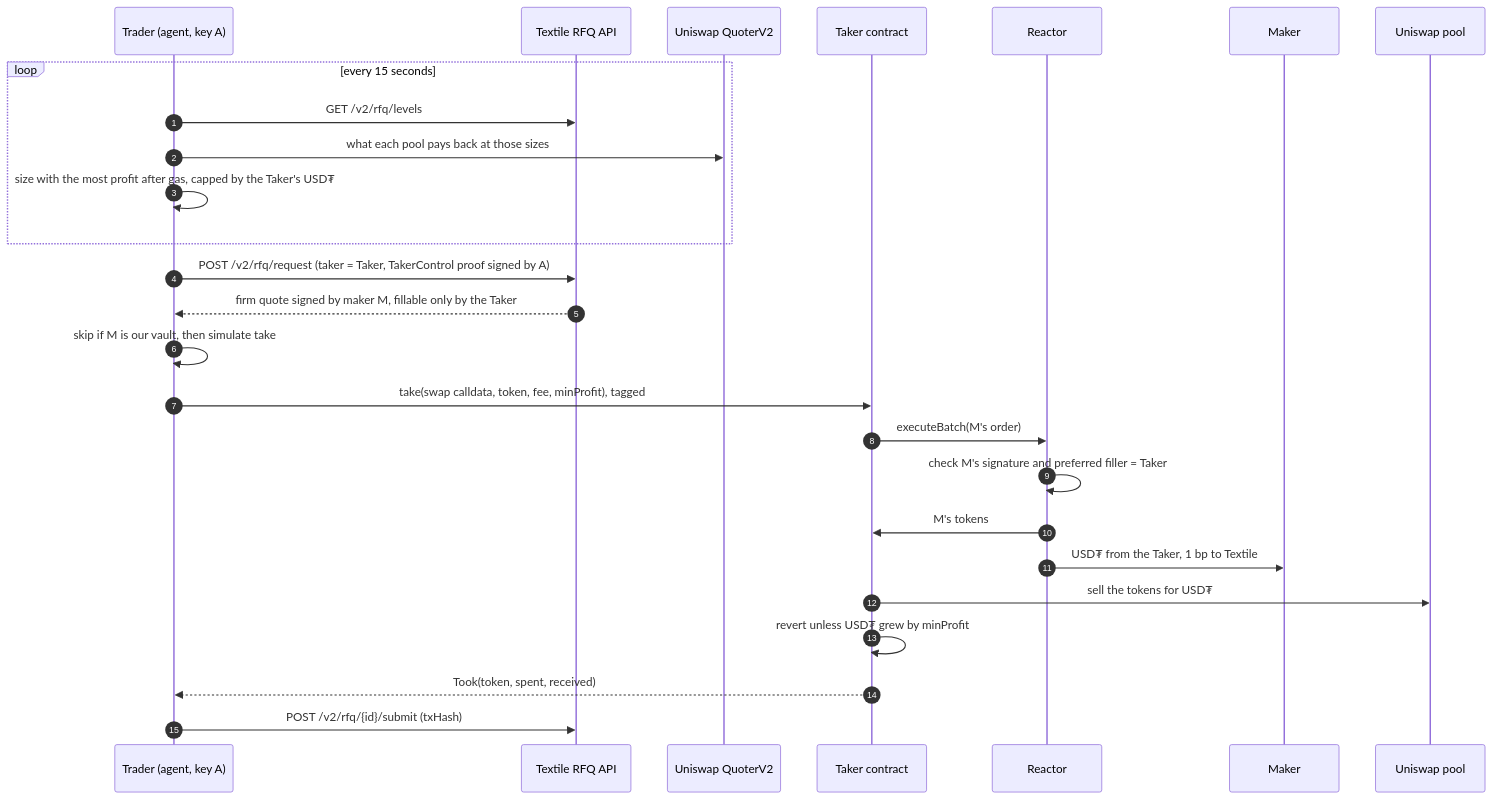
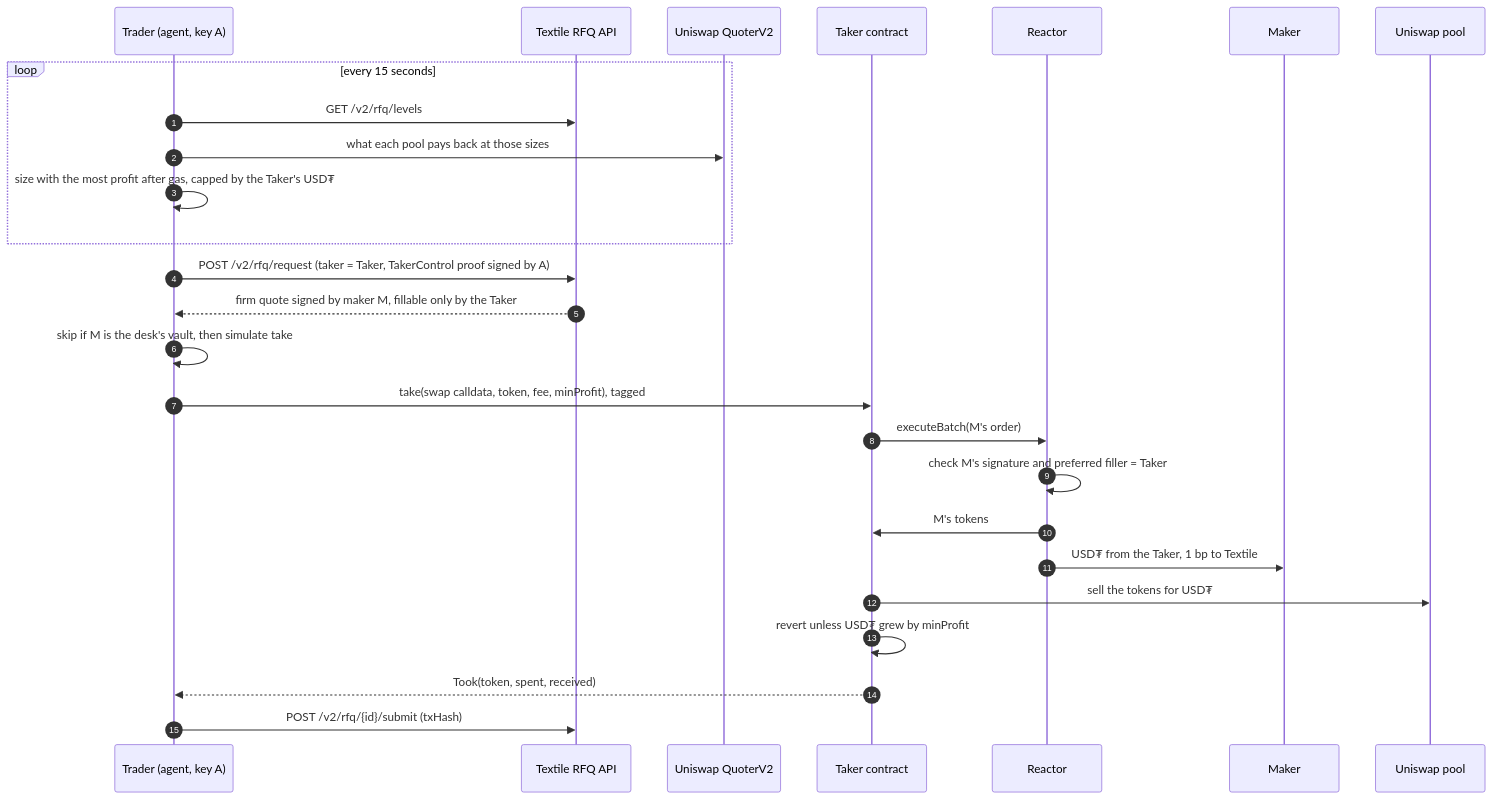
The sixth of 11 diagrams in docs/ARCHITECTURE.md (Kanasjnr/naira-desk), drawn with Mermaid before and after one commit. The commit also changed other lines of this file and 2 other files, not shown here.

````diff
--- a/docs/ARCHITECTURE.md
+++ b/docs/ARCHITECTURE.md
@@ -326,28 +326,28 @@
 ```mermaid
 sequenceDiagram
   autonumber
   participant TR as Trader (agent, key A)
   participant X as Textile RFQ API
   participant Q as Uniswap QuoterV2
   participant K as Taker contract
   participant R as Reactor
   participant M as Maker
   participant U as Uniswap pool
   loop every 15 seconds
     TR->>X: GET /v2/rfq/levels
     TR->>Q: what each pool pays back at those sizes
     TR->>TR: size with the most profit after gas, capped by the Taker's USD₮
   end
   TR->>X: POST /v2/rfq/request (taker = Taker, TakerControl proof signed by A)
   X-->>TR: firm quote signed by maker M, fillable only by the Taker
-  TR->>TR: skip if M is our vault, then simulate take
+  TR->>TR: skip if M is the desk's vault, then simulate take
   TR->>K: take(swap calldata, token, fee, minProfit), tagged
   K->>R: executeBatch(M's order)
   R->>R: check M's signature and preferred filler = Taker
   R->>K: M's tokens
   R->>M: USD₮ from the Taker, 1 bp to Textile
   K->>U: sell the tokens for USD₮
   K->>K: revert unless USD₮ grew by minProfit
   K-->>TR: Took(token, spent, received)
   TR->>X: POST /v2/rfq/{id}/submit (txHash)
 ```
````
